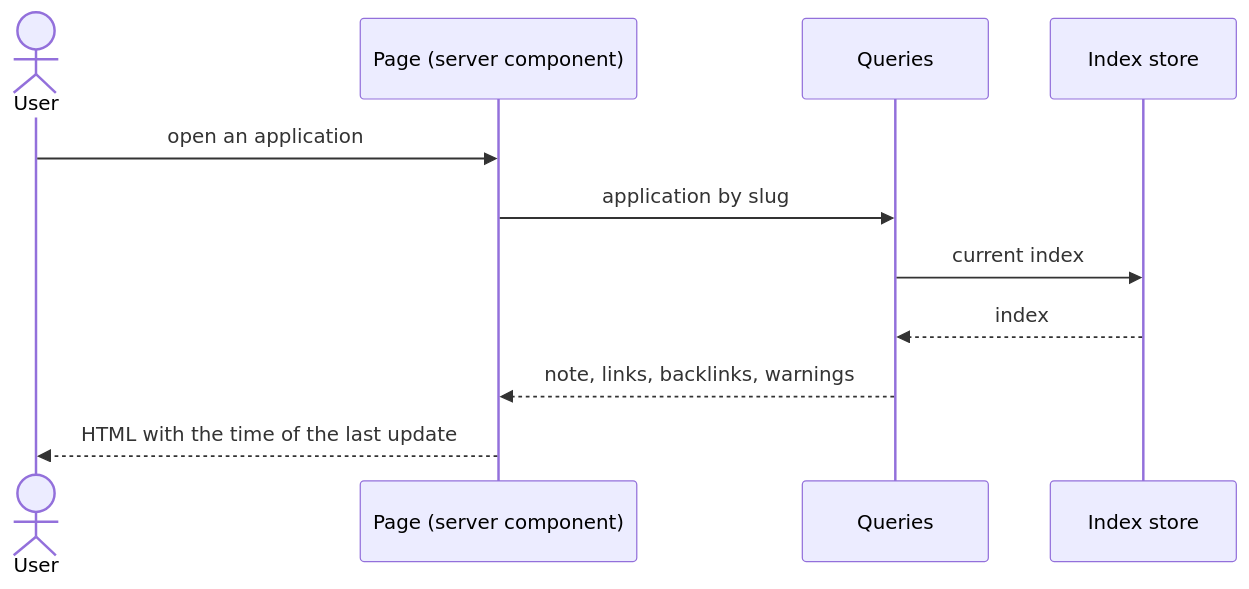
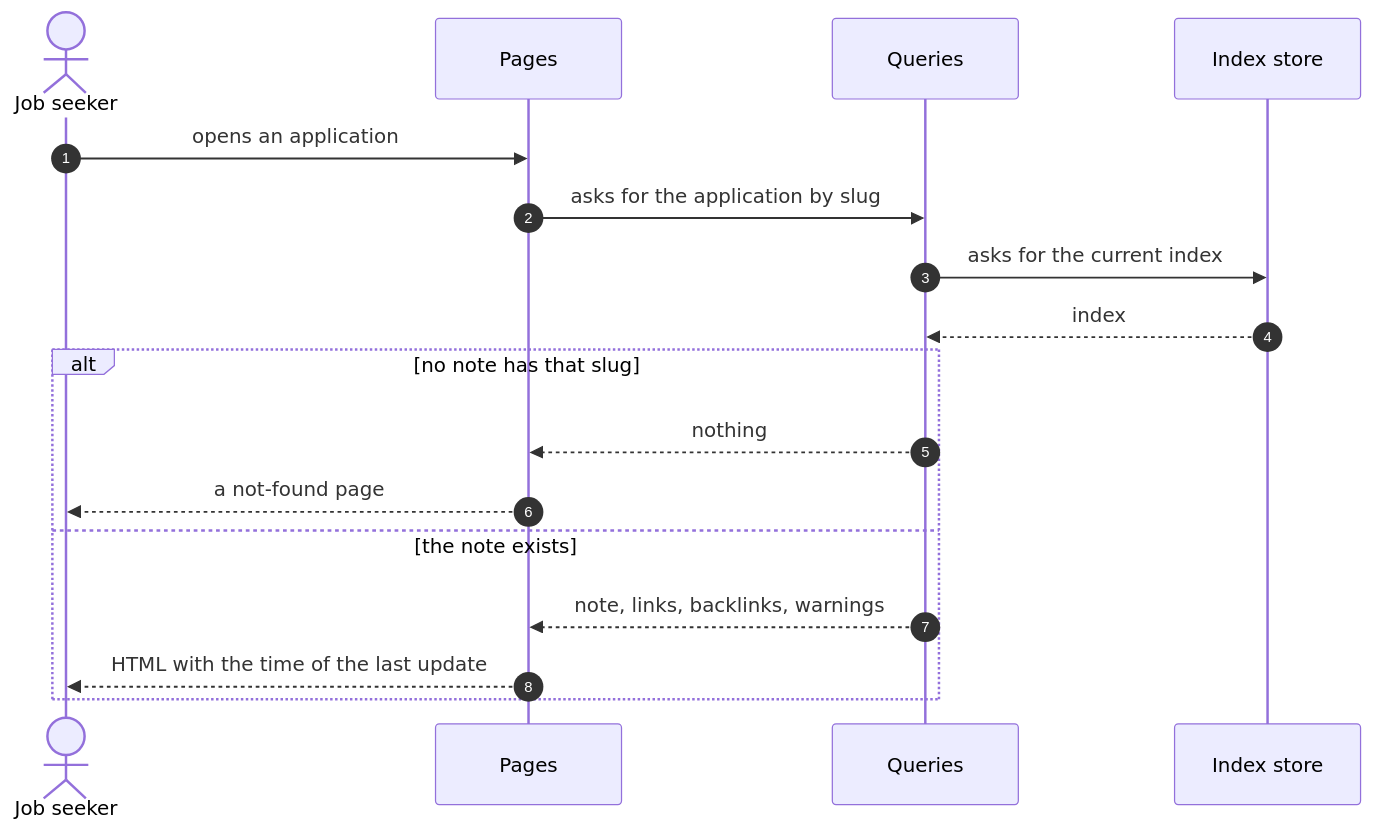
The second of 4 diagrams in docs/architecture/components.md (lyeyixian/job-search-app), drawn with Mermaid before and after one commit. The commit also changed other lines of this file and 5 other files, not shown here.

First line of the commit message:
Add a fixed template for each diagram type

````diff
--- a/docs/architecture/components.md
+++ b/docs/architecture/components.md
@@ -52,14 +65,20 @@
 ```mermaid
 sequenceDiagram
-    actor User
-    participant Page as Page (server component)
+    autonumber
+    actor User as Job seeker
+    participant Page as Pages
     participant Q as Queries
     participant Store as Index store
 
-    User->>Page: open an application
-    Page->>Q: application by slug
-    Q->>Store: current index
+    User->>Page: opens an application
+    Page->>Q: asks for the application by slug
+    Q->>Store: asks for the current index
     Store-->>Q: index
-    Q-->>Page: note, links, backlinks, warnings
-    Page-->>User: HTML with the time of the last update
+    alt no note has that slug
+        Q-->>Page: nothing
+        Page-->>User: a not-found page
+    else the note exists
+        Q-->>Page: note, links, backlinks, warnings
+        Page-->>User: HTML with the time of the last update
+    end
 ```
````
